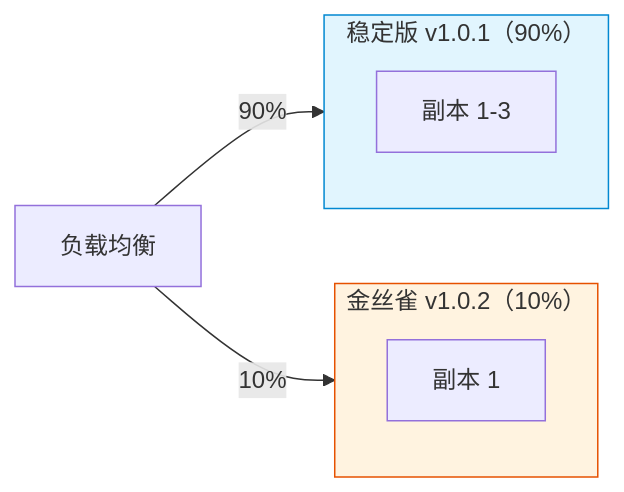
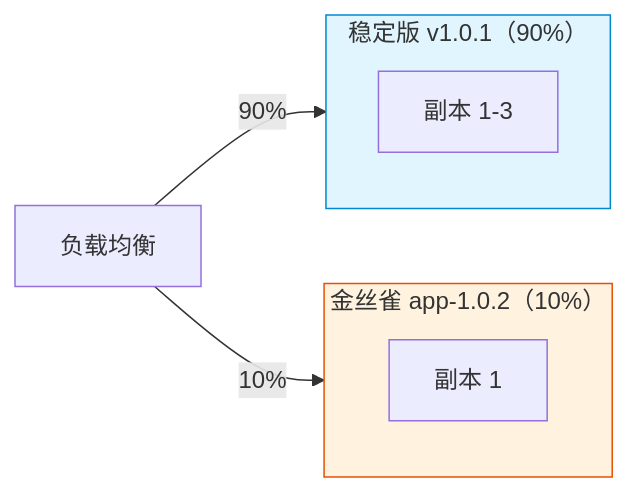
Before and after one commit to openairymax/docs: the seventh of 9 diagrams in AirymaxOS/140-application-development/06-agent-deployment.md, drawn with Mermaid. The commit also changed other lines of this file and 113 other files, not shown here.

````diff
--- a/AirymaxOS/140-application-development/06-agent-deployment.md
+++ b/AirymaxOS/140-application-development/06-agent-deployment.md
@@ -748,15 +748,15 @@
 ```mermaid
 flowchart LR
     subgraph STABLE["稳定版 v1.0.1（90%）"]
         S1[副本 1-3]
     end
-    subgraph CANARY["金丝雀 v1.0.2（10%）"]
+    subgraph CANARY["金丝雀 app-1.0.2（10%）"]
         C1[副本 1]
     end
 
     LB[负载均衡] -->|90%| STABLE
     LB -->|10%| CANARY
 
     style STABLE fill:#e1f5fe,stroke:#0288d1
     style CANARY fill:#fff3e0,stroke:#e65100
 ```
````
